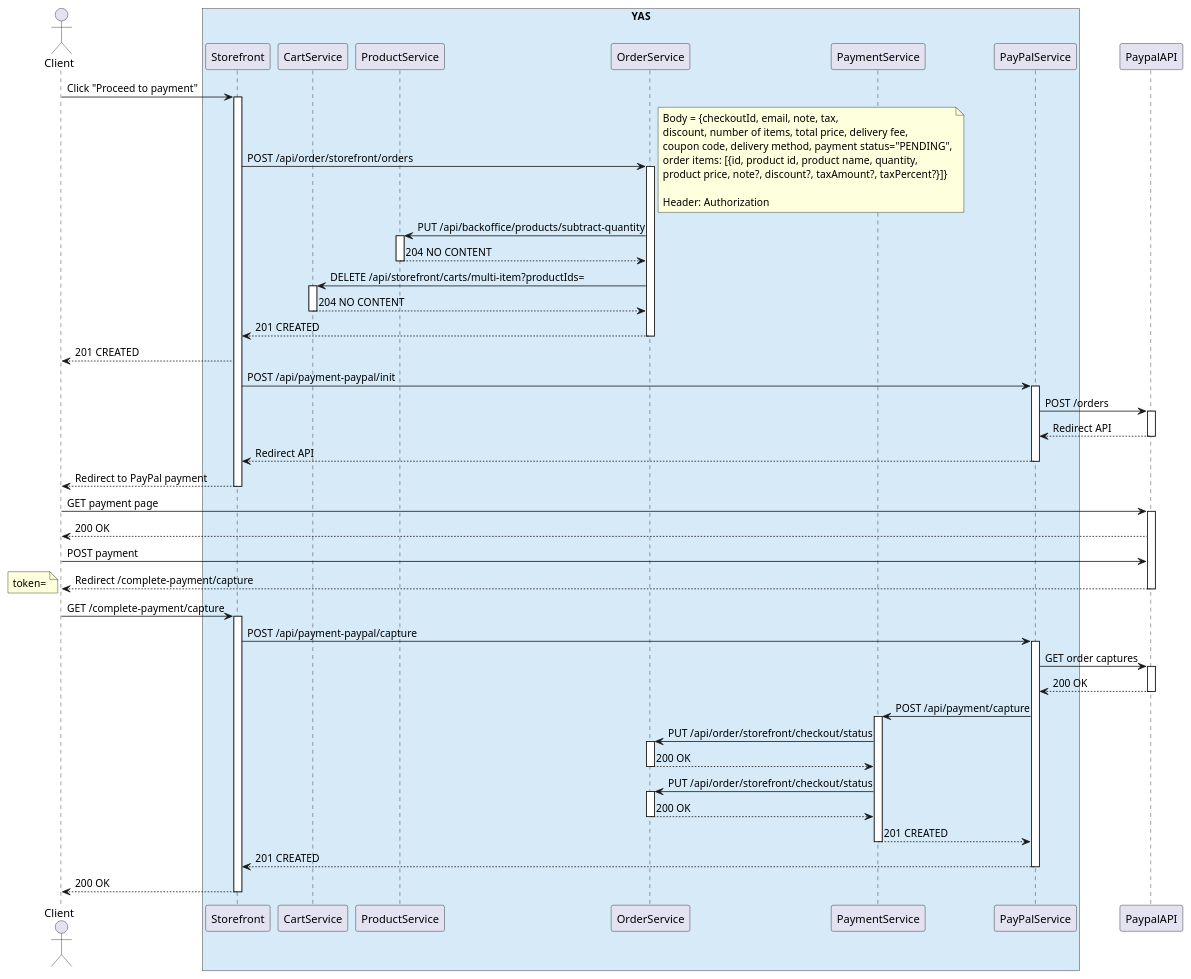
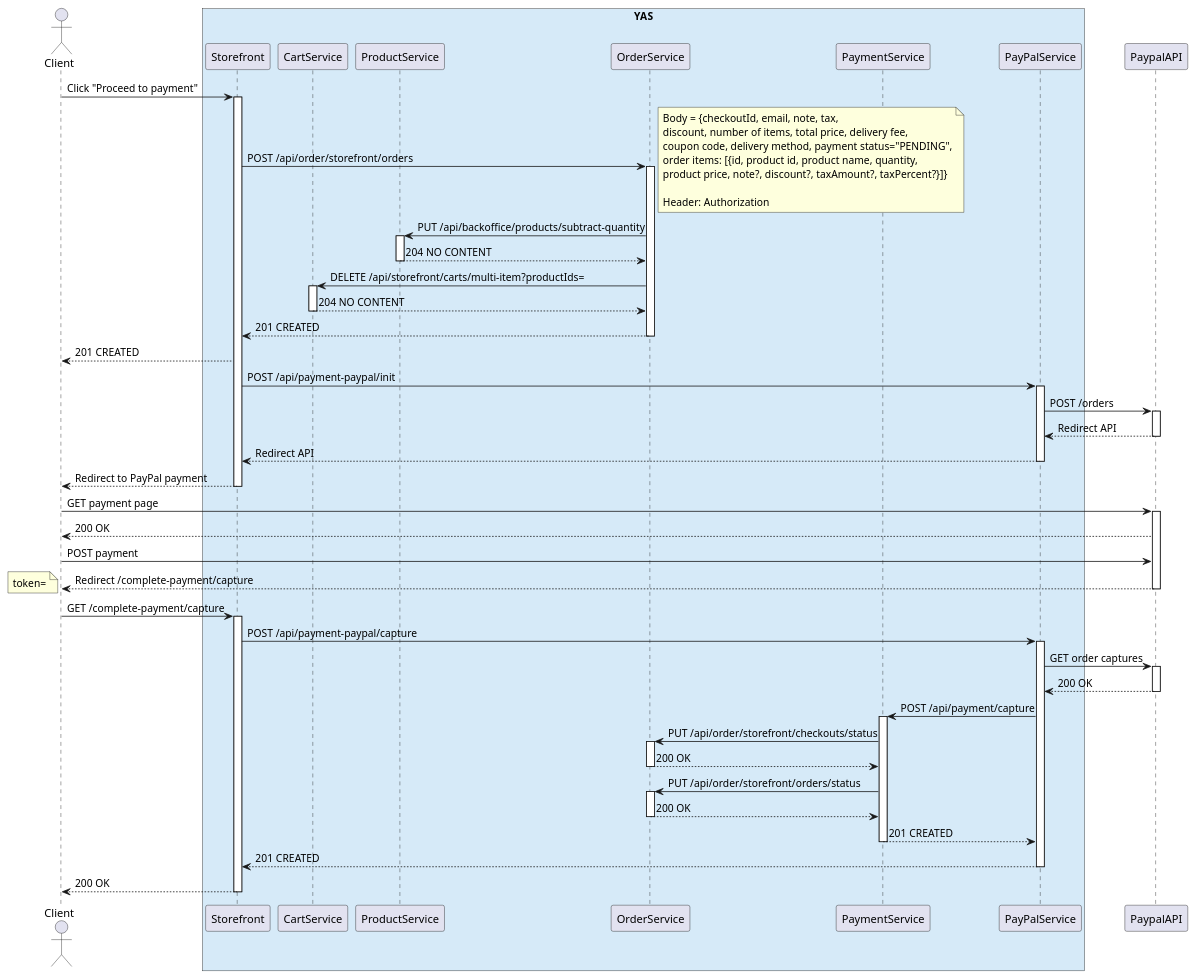
The diagram in order/docs/uml/CreateOrderFlow.puml (nashtech-garage/yas), drawn with PlantUML before and after one commit. The commit also changed 3 other files, not shown here.

```diff
--- a/order/docs/uml/CreateOrderFlow.puml
+++ b/order/docs/uml/CreateOrderFlow.puml
@@ -1,80 +1,80 @@
 @startuml Create order flow
 actor Client
 box "YAS" #D6EAF8
 participant Storefront as NextJs
 participant CartService as cart
 participant ProductService as product
 participant OrderService as order
 participant PaymentService as payment
 participant PayPalService as ppal
 end box
 participant PaypalAPI as ppAPI
 
 Client -> NextJs: Click "Proceed to payment"
 activate NextJs
 NextJs -> order: POST /api/order/storefront/orders
 note right
     Body = {checkoutId, email, note, tax,
     discount, number of items, total price, delivery fee,
     coupon code, delivery method, payment status="PENDING",
     order items: [{id, product id, product name, quantity,
     product price, note?, discount?, taxAmount?, taxPercent?}]}
 
     Header: Authorization
 end note
 activate order
 order -> product: PUT /api/backoffice/products/subtract-quantity
 activate product
 product --> order: 204 NO CONTENT
 deactivate product
 order -> cart: DELETE /api/storefront/carts/multi-item?productIds=
 activate cart
 cart --> order: 204 NO CONTENT
 deactivate cart
 order --> NextJs: 201 CREATED
 deactivate order
 NextJs --> Client: 201 CREATED
 NextJs -> ppal: POST /api/payment-paypal/init
 activate ppal
 ppal -> ppAPI: POST /orders
 activate ppAPI
 ppAPI --> ppal: Redirect API
 deactivate ppAPI
 ppal --> NextJs: Redirect API
 deactivate ppal
 NextJs --> Client: Redirect to PayPal payment
 deactivate NextJs
 Client -> ppAPI: GET payment page
 activate ppAPI
 ppAPI --> Client: 200 OK
 Client -> ppAPI: POST payment
 ppAPI --> Client: Redirect /complete-payment/capture
 note left
 token=
 end note
 deactivate ppAPI
 Client -> NextJs: GET /complete-payment/capture
 activate NextJs
 NextJs -> ppal: POST /api/payment-paypal/capture
 activate ppal
 ppal -> ppAPI: GET order captures
 activate ppAPI
 ppAPI --> ppal: 200 OK
 deactivate ppAPI
 ppal -> payment: POST /api/payment/capture
 activate payment
-payment -> order: PUT /api/order/storefront/checkout/status
+payment -> order: PUT /api/order/storefront/checkouts/status
 activate order
 order --> payment: 200 OK
 deactivate order
-payment -> order: PUT /api/order/storefront/checkout/status
+payment -> order: PUT /api/order/storefront/orders/status
 activate order
 order --> payment: 200 OK
 deactivate order
 payment --> ppal: 201 CREATED
 deactivate payment
 ppal --> NextJs: 201 CREATED
 deactivate ppal
 NextJs --> Client: 200 OK
 deactivate NextJs
 @enduml
```
